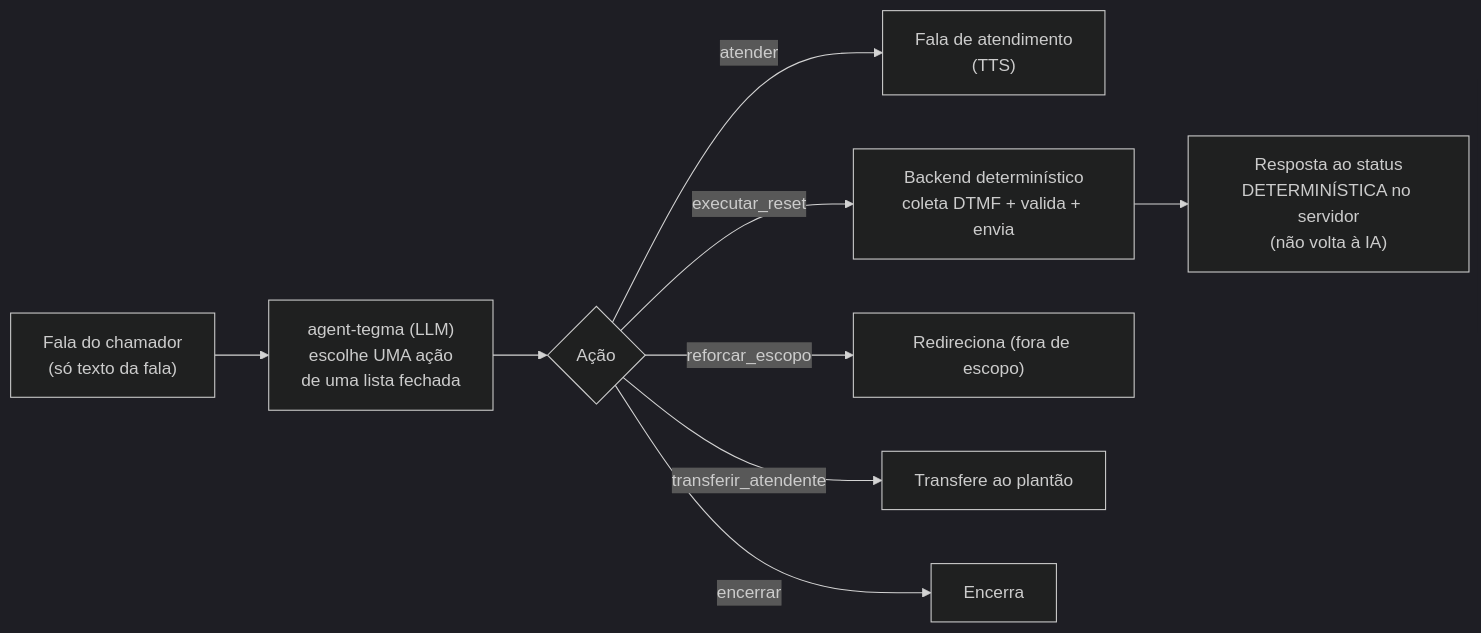
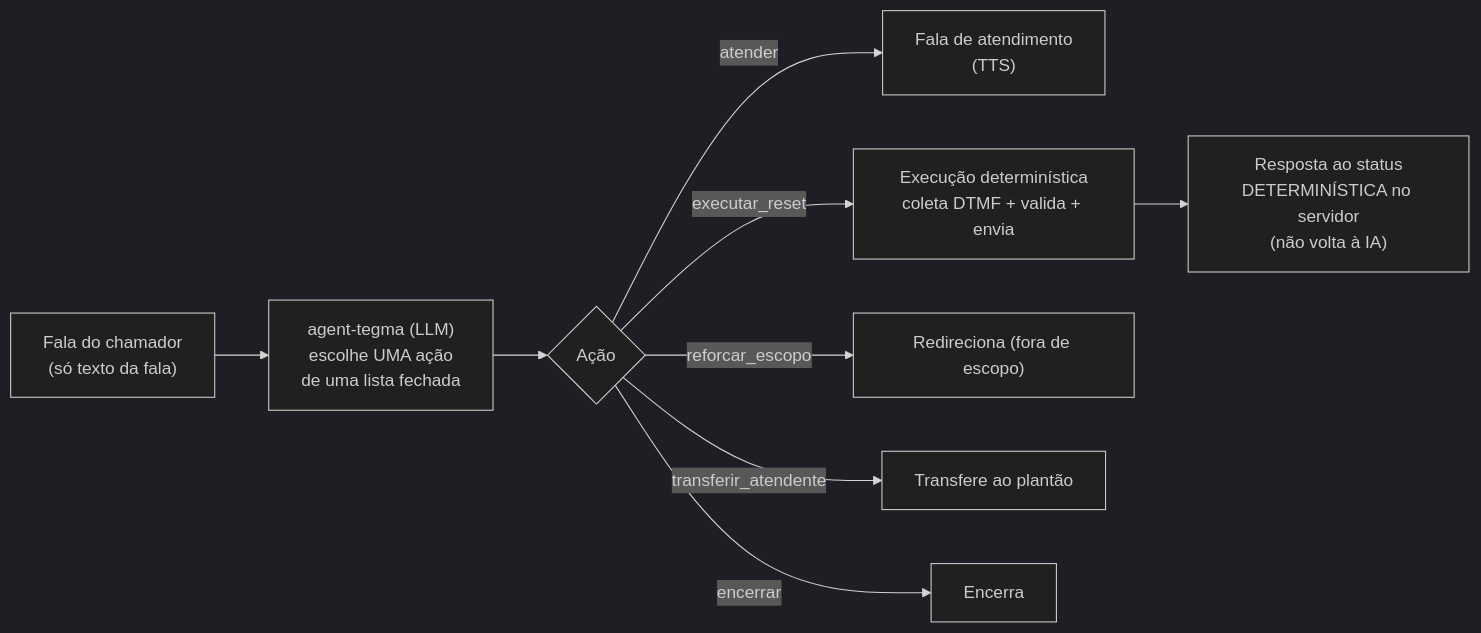
The first of 2 diagrams in docs/modelagem/agente.md (Elias-dev10/ura-conversacional-docs), drawn with Mermaid (dark theme) before and after one commit. The commit also changed other lines of this file and 7 other files, not shown here.

````diff
--- a/docs/modelagem/agente.md
+++ b/docs/modelagem/agente.md
@@ -9,11 +9,11 @@
 ```mermaid
 flowchart LR
     SPEECH["Fala do chamador\n(só texto da fala)"] --> LLM["agent-tegma (LLM)\nescolhe UMA ação\nde uma lista fechada"]
     LLM --> ROUTE{Ação}
     ROUTE -- "atender" --> SAY["Fala de atendimento\n(TTS)"]
-    ROUTE -- "executar_reset" --> DET["Backend determinístico\ncoleta DTMF + valida + envia"]
+    ROUTE -- "executar_reset" --> DET["Execução determinística\ncoleta DTMF + valida + envia"]
     ROUTE -- "reforcar_escopo" --> RED["Redireciona (fora de escopo)"]
     ROUTE -- "transferir_atendente" --> TR["Transfere ao plantão"]
     ROUTE -- "encerrar" --> END["Encerra"]
     DET --> STATUS["Resposta ao status\nDETERMINÍSTICA no servidor\n(não volta à IA)"]
 ```
````
